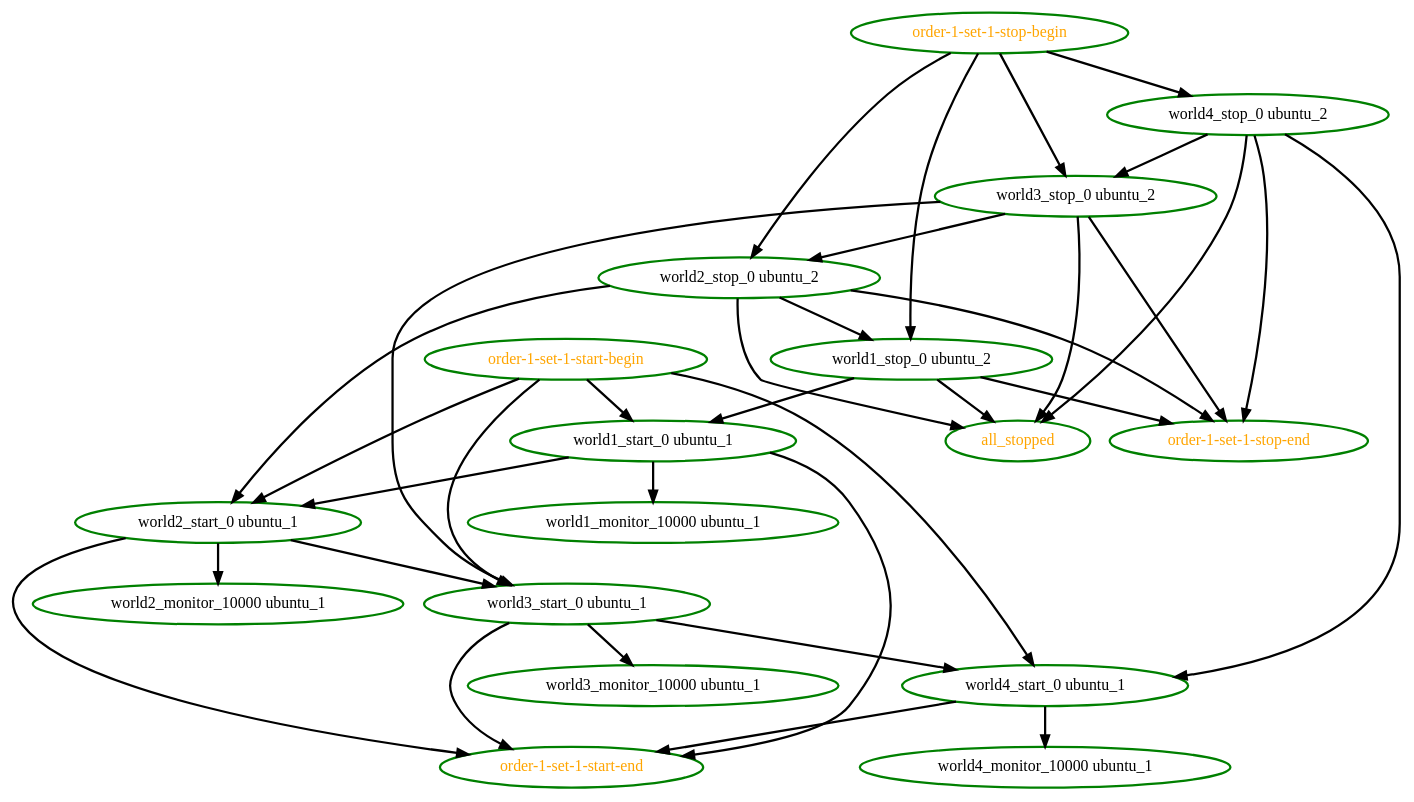
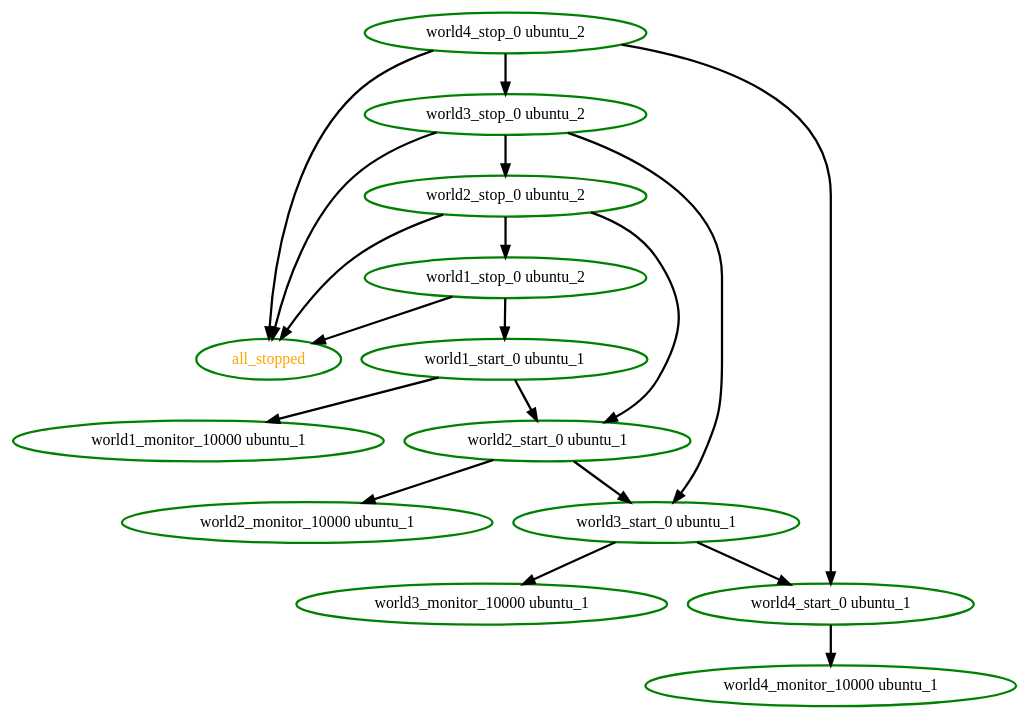
One commit to ClusterLabs/pacemaker changed the diagram in pengine/test10/order-sets.dot. Above: the diagram before and after it, drawn with Graphviz. The commit also changed 3 other files, not shown here.

```diff
--- a/pengine/test10/order-sets.dot
+++ b/pengine/test10/order-sets.dot
@@ -1,53 +1,33 @@
 digraph "g" {
 "all_stopped" [ style=bold color="green" fontcolor="orange"  ]
-"order-1-set-1-start-begin" -> "world1_start_0 ubuntu_1" [ style = bold]
-"order-1-set-1-start-begin" -> "world2_start_0 ubuntu_1" [ style = bold]
-"order-1-set-1-start-begin" -> "world3_start_0 ubuntu_1" [ style = bold]
-"order-1-set-1-start-begin" -> "world4_start_0 ubuntu_1" [ style = bold]
-"order-1-set-1-start-begin" [ style=bold color="green" fontcolor="orange"  ]
-"order-1-set-1-start-end" [ style=bold color="green" fontcolor="orange"  ]
-"order-1-set-1-stop-begin" -> "world1_stop_0 ubuntu_2" [ style = bold]
-"order-1-set-1-stop-begin" -> "world2_stop_0 ubuntu_2" [ style = bold]
-"order-1-set-1-stop-begin" -> "world3_stop_0 ubuntu_2" [ style = bold]
-"order-1-set-1-stop-begin" -> "world4_stop_0 ubuntu_2" [ style = bold]
-"order-1-set-1-stop-begin" [ style=bold color="green" fontcolor="orange"  ]
-"order-1-set-1-stop-end" [ style=bold color="green" fontcolor="orange"  ]
 "world1_monitor_10000 ubuntu_1" [ style=bold color="green" fontcolor="black"  ]
-"world1_start_0 ubuntu_1" -> "order-1-set-1-start-end" [ style = bold]
 "world1_start_0 ubuntu_1" -> "world1_monitor_10000 ubuntu_1" [ style = bold]
 "world1_start_0 ubuntu_1" -> "world2_start_0 ubuntu_1" [ style = bold]
 "world1_start_0 ubuntu_1" [ style=bold color="green" fontcolor="black"  ]
 "world1_stop_0 ubuntu_2" -> "all_stopped" [ style = bold]
-"world1_stop_0 ubuntu_2" -> "order-1-set-1-stop-end" [ style = bold]
 "world1_stop_0 ubuntu_2" -> "world1_start_0 ubuntu_1" [ style = bold]
 "world1_stop_0 ubuntu_2" [ style=bold color="green" fontcolor="black"  ]
 "world2_monitor_10000 ubuntu_1" [ style=bold color="green" fontcolor="black"  ]
-"world2_start_0 ubuntu_1" -> "order-1-set-1-start-end" [ style = bold]
 "world2_start_0 ubuntu_1" -> "world2_monitor_10000 ubuntu_1" [ style = bold]
 "world2_start_0 ubuntu_1" -> "world3_start_0 ubuntu_1" [ style = bold]
 "world2_start_0 ubuntu_1" [ style=bold color="green" fontcolor="black"  ]
 "world2_stop_0 ubuntu_2" -> "all_stopped" [ style = bold]
-"world2_stop_0 ubuntu_2" -> "order-1-set-1-stop-end" [ style = bold]
 "world2_stop_0 ubuntu_2" -> "world1_stop_0 ubuntu_2" [ style = bold]
 "world2_stop_0 ubuntu_2" -> "world2_start_0 ubuntu_1" [ style = bold]
 "world2_stop_0 ubuntu_2" [ style=bold color="green" fontcolor="black"  ]
 "world3_monitor_10000 ubuntu_1" [ style=bold color="green" fontcolor="black"  ]
-"world3_start_0 ubuntu_1" -> "order-1-set-1-start-end" [ style = bold]
 "world3_start_0 ubuntu_1" -> "world3_monitor_10000 ubuntu_1" [ style = bold]
 "world3_start_0 ubuntu_1" -> "world4_start_0 ubuntu_1" [ style = bold]
 "world3_start_0 ubuntu_1" [ style=bold color="green" fontcolor="black"  ]
 "world3_stop_0 ubuntu_2" -> "all_stopped" [ style = bold]
-"world3_stop_0 ubuntu_2" -> "order-1-set-1-stop-end" [ style = bold]
 "world3_stop_0 ubuntu_2" -> "world2_stop_0 ubuntu_2" [ style = bold]
 "world3_stop_0 ubuntu_2" -> "world3_start_0 ubuntu_1" [ style = bold]
 "world3_stop_0 ubuntu_2" [ style=bold color="green" fontcolor="black"  ]
 "world4_monitor_10000 ubuntu_1" [ style=bold color="green" fontcolor="black"  ]
-"world4_start_0 ubuntu_1" -> "order-1-set-1-start-end" [ style = bold]
 "world4_start_0 ubuntu_1" -> "world4_monitor_10000 ubuntu_1" [ style = bold]
 "world4_start_0 ubuntu_1" [ style=bold color="green" fontcolor="black"  ]
 "world4_stop_0 ubuntu_2" -> "all_stopped" [ style = bold]
-"world4_stop_0 ubuntu_2" -> "order-1-set-1-stop-end" [ style = bold]
 "world4_stop_0 ubuntu_2" -> "world3_stop_0 ubuntu_2" [ style = bold]
 "world4_stop_0 ubuntu_2" -> "world4_start_0 ubuntu_1" [ style = bold]
 "world4_stop_0 ubuntu_2" [ style=bold color="green" fontcolor="black"  ]
 }
```
